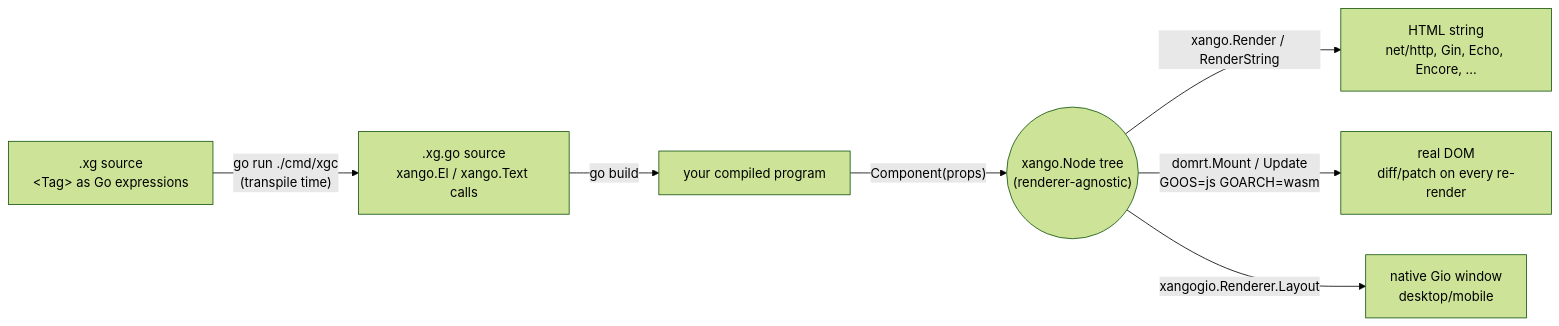
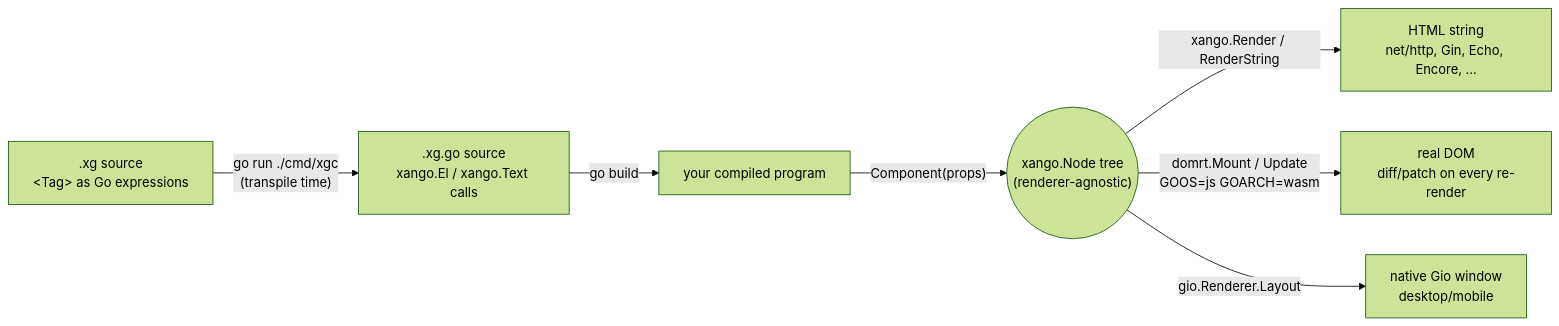
One commit to elaous/gojiberry changed the diagram in README.md. Above: the diagram before and after it, drawn with Mermaid (forest theme). The commit also changed other lines of this file and 55 other files, not shown here.

````diff
--- a/README.md
+++ b/README.md
@@ -47,9 +47,9 @@
 ```mermaid
 flowchart LR
     A[".xg source<br/>&lt;Tag&gt; as Go expressions"] -- "go run ./cmd/xgc<br/>(transpile time)" --> B[".xg.go source<br/>xango.El / xango.Text calls"]
     B -- "go build" --> C["your compiled program"]
     C -- "Component(props)" --> D(("xango.Node tree<br/>(renderer-agnostic)"))
     D -- "xango.Render / RenderString" --> E["HTML string<br/>net/http, Gin, Echo, Encore, ..."]
     D -- "domrt.Mount / Update<br/>GOOS=js GOARCH=wasm" --> F["real DOM<br/>diff/patch on every re-render"]
-    D -- "xangogio.Renderer.Layout" --> G["native Gio window<br/>desktop/mobile"]
+    D -- "gio.Renderer.Layout" --> G["native Gio window<br/>desktop/mobile"]
 ```
````
